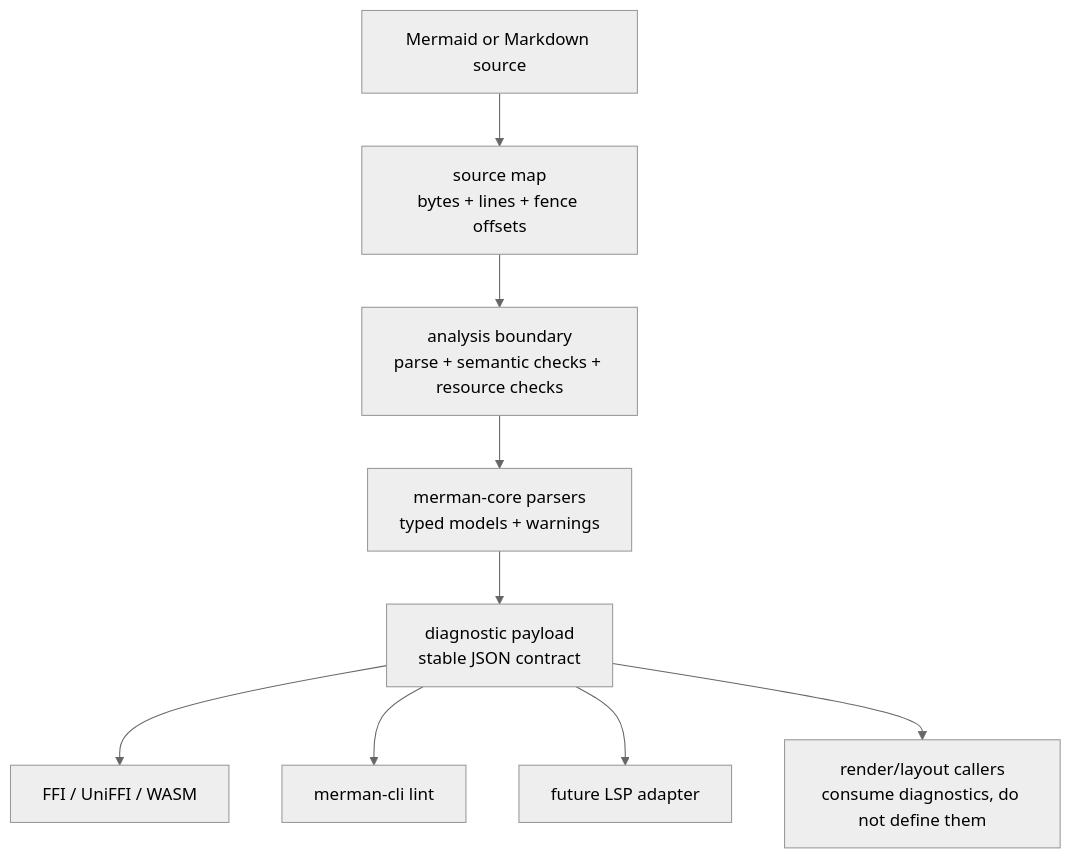
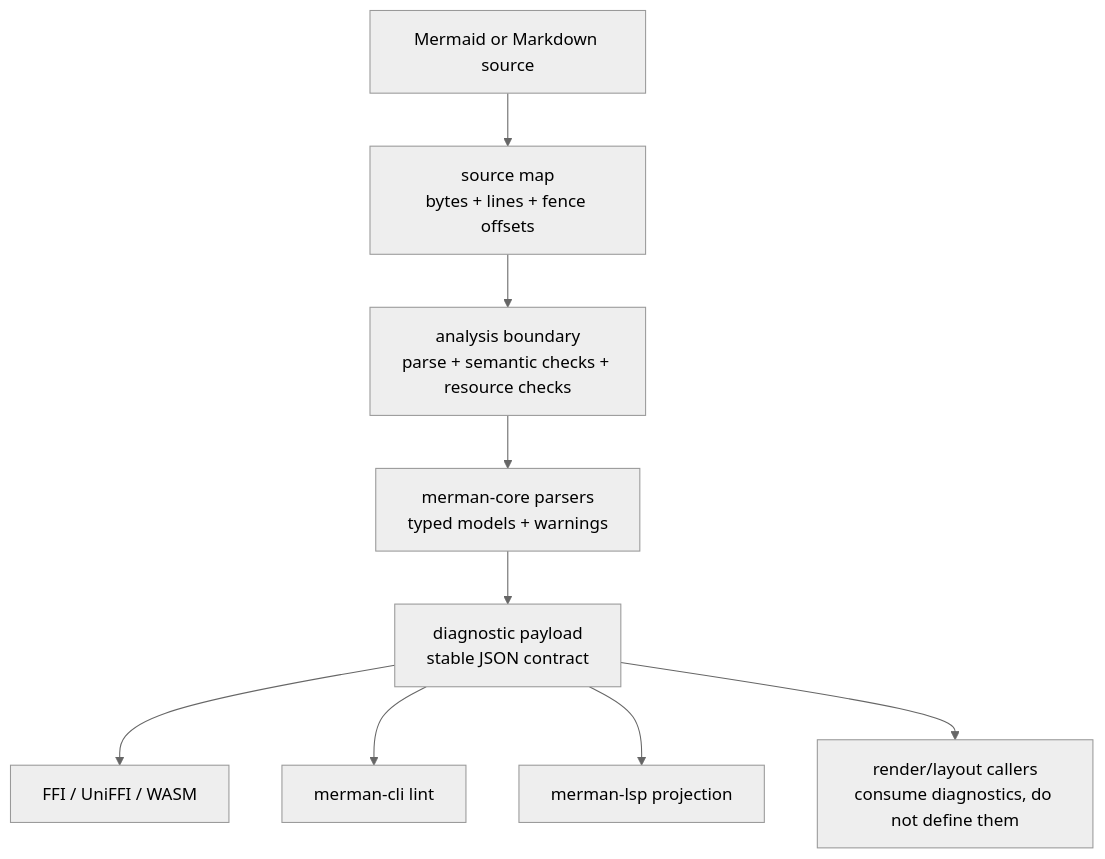
One commit to Latias94/merman changed the diagram in docs/adr/0070-diagnostics-first-analysis-contract.md. Above: the diagram before and after it, drawn with Mermaid (neutral theme). The commit also changed other lines of this file and 8 other files, not shown here.

Commit message:
docs(lsp): document final diagnostics ownership

````diff
--- a/docs/adr/0070-diagnostics-first-analysis-contract.md
+++ b/docs/adr/0070-diagnostics-first-analysis-contract.md
@@ -33,11 +33,11 @@
 ```mermaid
 flowchart TB
     Source["Mermaid or Markdown source"] --> SourceMap["source map<br/>bytes + lines + fence offsets"]
     SourceMap --> Analysis["analysis boundary<br/>parse + semantic checks + resource checks"]
     Analysis --> Core["merman-core parsers<br/>typed models + warnings"]
     Core --> Diagnostics["diagnostic payload<br/>stable JSON contract"]
     Diagnostics --> Bindings["FFI / UniFFI / WASM"]
     Diagnostics --> CLI["merman-cli lint"]
-    Diagnostics --> LSP["future LSP adapter"]
+    Diagnostics --> LSP["merman-lsp projection"]
     Diagnostics --> Render["render/layout callers<br/>consume diagnostics, do not define them"]
 ```
````
